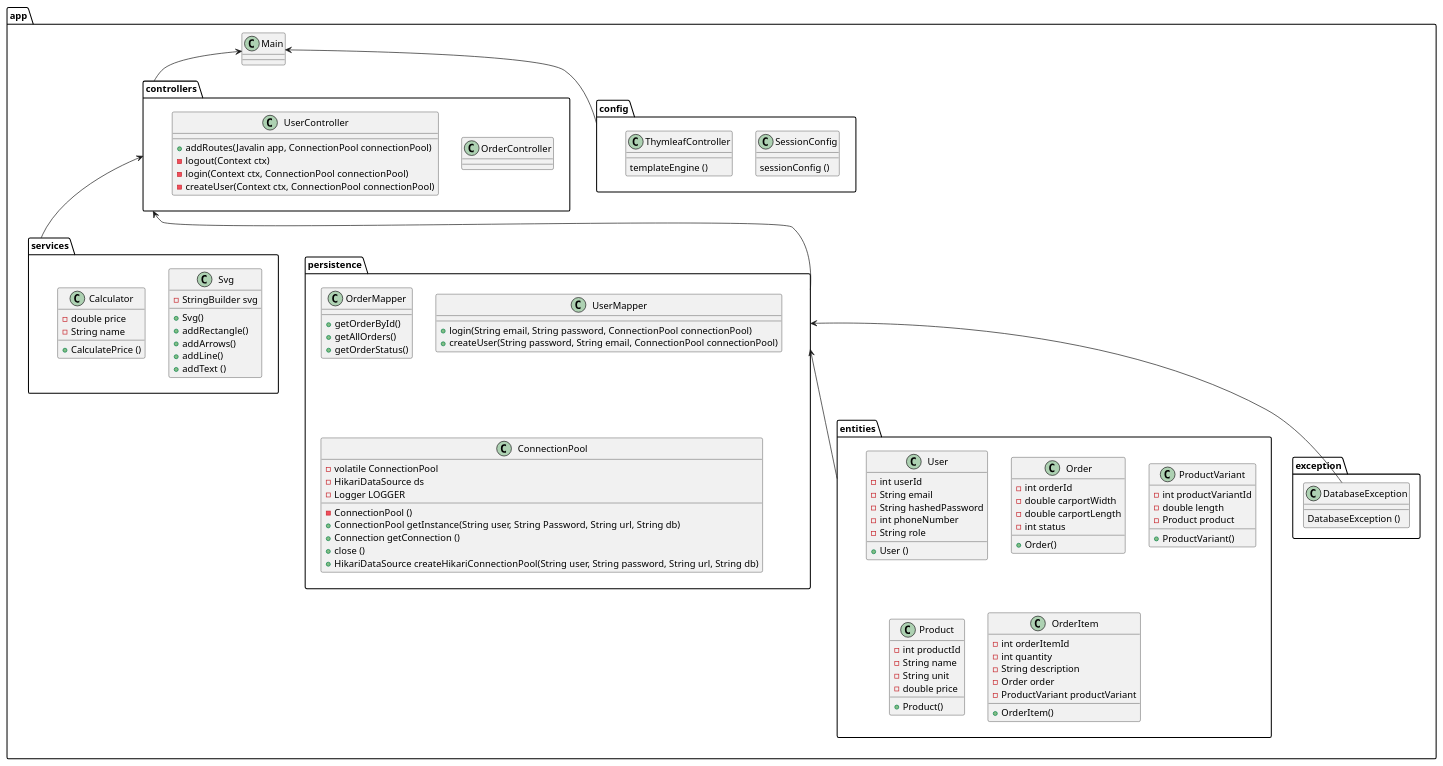
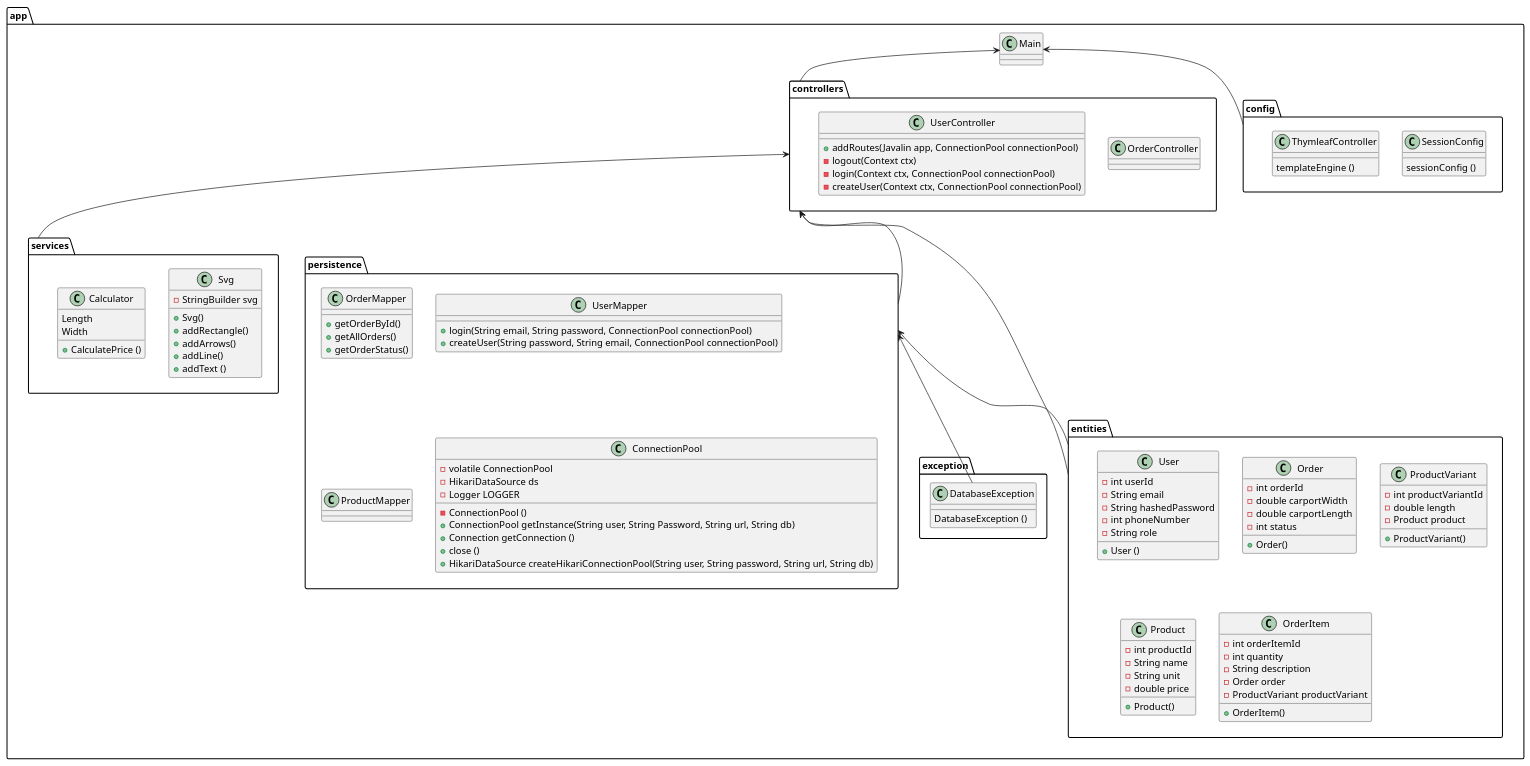
Before and after one commit to Mikkel-ao/Carport: the diagram in docs/CarportClassDiagram.puml, drawn with PlantUML. The commit also changed 1 other file, not shown here.

```diff
--- a/docs/CarportClassDiagram.puml
+++ b/docs/CarportClassDiagram.puml
@@ -1,126 +1,130 @@
 @startuml
 'https://plantuml.com/class-diagram
 'Klasse diagram'
 package app {
 class Main {}
 
 package controllers {
 class OrderController {
 
 }
 class UserController{
 + addRoutes(Javalin app, ConnectionPool connectionPool)
 - logout(Context ctx)
 - login(Context ctx, ConnectionPool connectionPool)
 - createUser(Context ctx, ConnectionPool connectionPool)
     }
 }
 
 package services{
 class Svg{
 - StringBuilder svg
 + Svg()
 + addRectangle()
 + addArrows()
 + addLine()
 + addText ()
     }
 
 class Calculator {
-- double price
-- String name
+Length
+Width
 + CalculatePrice ()
     }
 }
 
 package persistence{
 class OrderMapper {
 + getOrderById()
 + getAllOrders()
 + getOrderStatus()
 
     }
 class UserMapper {
 + login(String email, String password, ConnectionPool connectionPool)
 + createUser(String password, String email, ConnectionPool connectionPool)
 
+}
+
+class ProductMapper{
 }
 
 class ConnectionPool {
 - volatile ConnectionPool
 - HikariDataSource ds
 - Logger LOGGER
 - ConnectionPool ()
 + ConnectionPool getInstance(String user, String Password, String url, String db)
 + Connection getConnection ()
 + close ()
 + HikariDataSource createHikariConnectionPool(String user, String password, String url, String db)
     }
 }
 
 package entities {
 class User {
 - int userId
 - String email
 - String hashedPassword
 - int phoneNumber
 - String role
 + User ()
     }
 class Order {
 - int orderId
 - double carportWidth
 - double carportLength
 - int status
 + Order()
     }
 class ProductVariant {
 - int productVariantId
 - double length
 - Product product
 + ProductVariant()
     }
 class Product {
 - int productId
 - String name
 - String unit
 - double price
 + Product()
     }
 class OrderItem {
 - int orderItemId
 - int quantity
 - String description
 - Order order
 - ProductVariant productVariant
 + OrderItem()
     }
 }
 
 
 package config {
 class SessionConfig {
 sessionConfig ()
     }
 class ThymleafController {
 templateEngine ()
     }
 }
 
 package exception{
 class DatabaseException {
 DatabaseException ()
     }
 }
 }
 
 'Pile'
 
 persistence <-- DatabaseException
 Main <-- config
 Main <-- controllers
 controllers <-- persistence
 persistence <-- entities
 controllers <-- services
+controllers <-- entities
 
 @enduml
```
